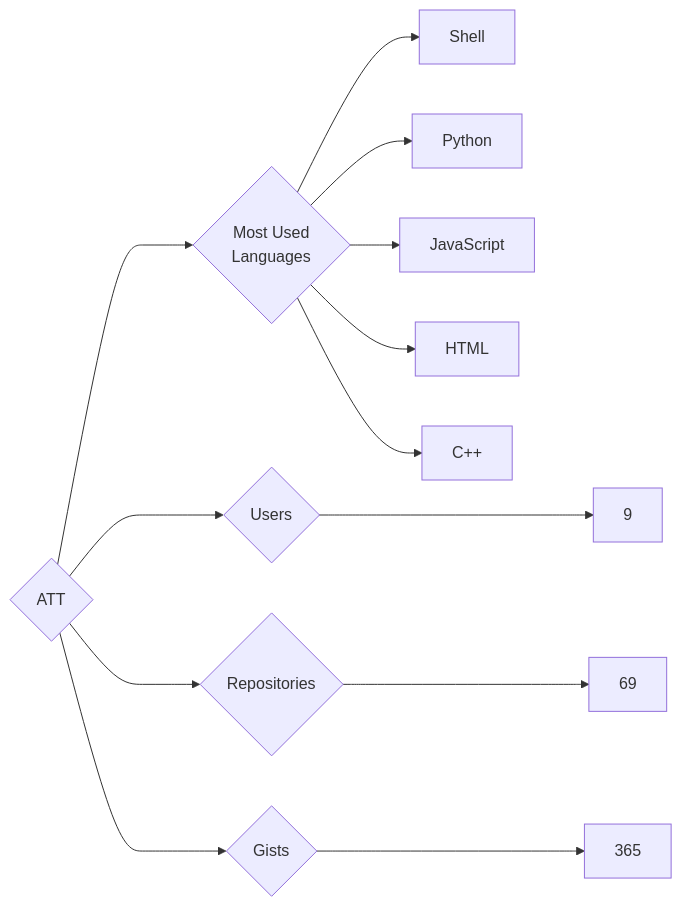
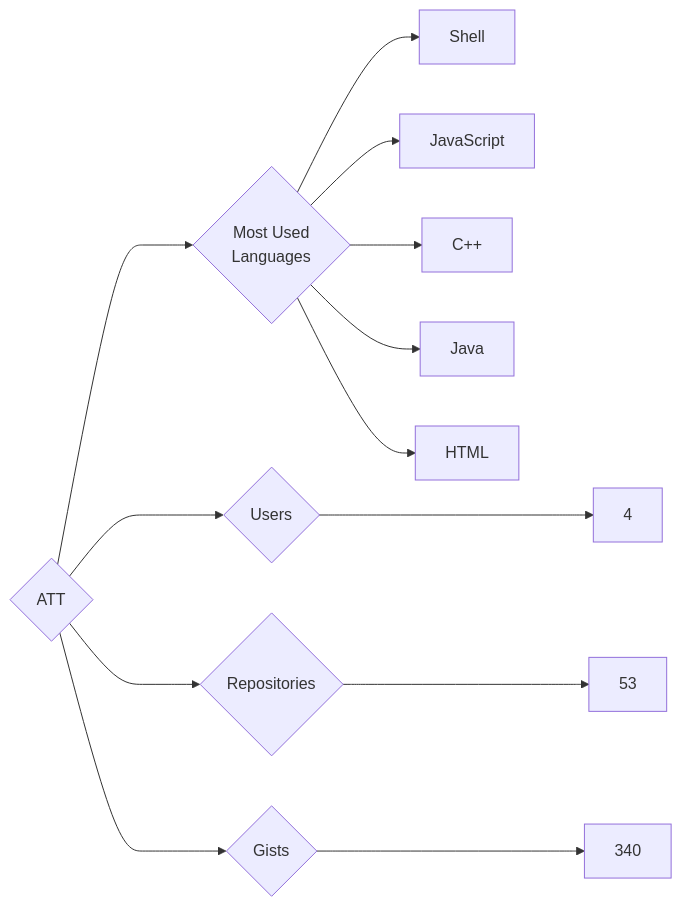
One commit to trickest/insiders changed the diagram in targets/ATT/README.md. Above: the diagram before and after it, drawn with Mermaid. The commit also changed 860 other files, not shown here.

````diff
--- a/targets/ATT/README.md
+++ b/targets/ATT/README.md
@@ -3,13 +3,13 @@
 ```mermaid
 graph LR
 COMPANY_NAME{ATT}
-COMPANY_NAME ---> U{Users} ---> UN[9]
-COMPANY_NAME ---> R{Repositories} ---> RN[69]
-COMPANY_NAME ---> G{Gists} ---> GN[365]
+COMPANY_NAME ---> U{Users} ---> UN[4]
+COMPANY_NAME ---> R{Repositories} ---> RN[53]
+COMPANY_NAME ---> G{Gists} ---> GN[340]
 COMPANY_NAME ---> ML{Most Used<br>Languages}
 ML --> Shell[Shell]
-ML --> Python[Python]
 ML --> JavaScript[JavaScript]
+ML --> C++[C++]
+ML --> Java[Java]
 ML --> HTML[HTML]
-ML --> C++[C++]
 ```
````
